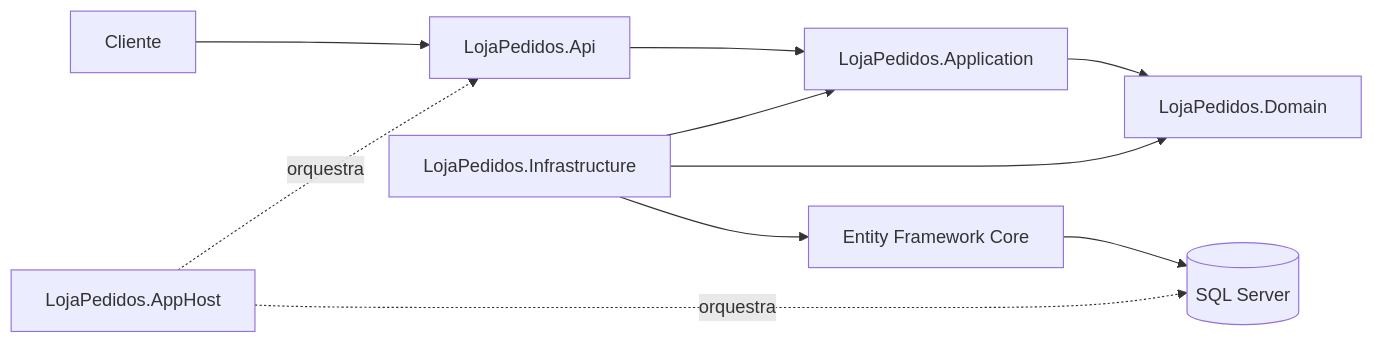
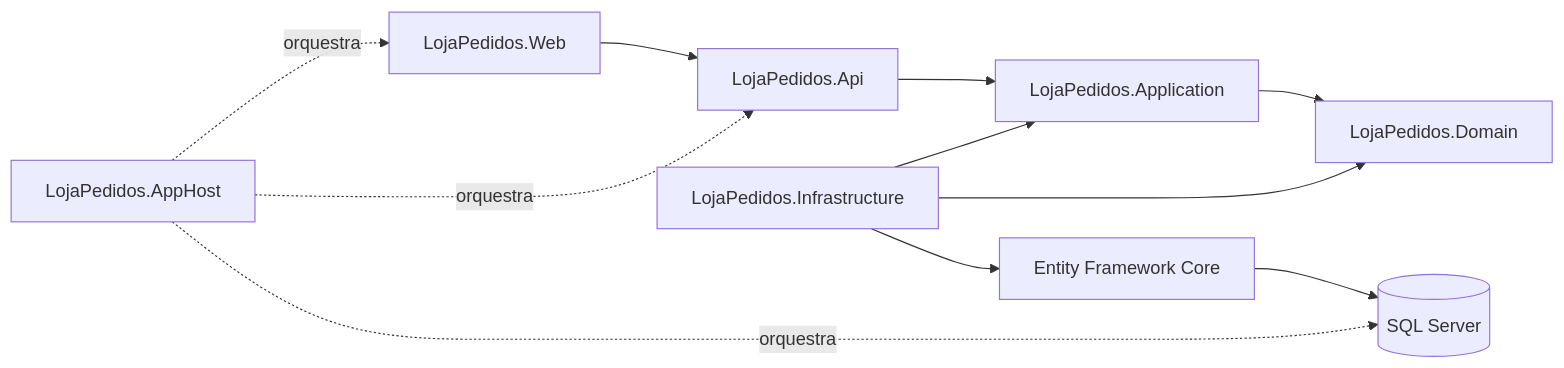
Before and after one commit to VitoriaMaira/gestao-pedidos: the diagram in README.md, drawn with Mermaid. The commit also changed other lines of this file, not shown here.

````diff
--- a/README.md
+++ b/README.md
@@ -99,12 +120,13 @@
 ```mermaid
 flowchart LR
-    Client[Cliente] --> API[LojaPedidos.Api]
+    Web[LojaPedidos.Web] --> API[LojaPedidos.Api]
     API --> Application[LojaPedidos.Application]
     Application --> Domain[LojaPedidos.Domain]
     Infrastructure[LojaPedidos.Infrastructure] --> Application
     Infrastructure --> Domain
     Infrastructure --> EF[Entity Framework Core]
     EF --> Database[(SQL Server)]
     AppHost[LojaPedidos.AppHost] -. orquestra .-> API
+    AppHost -. orquestra .-> Web
     AppHost -. orquestra .-> Database
 ```
````
